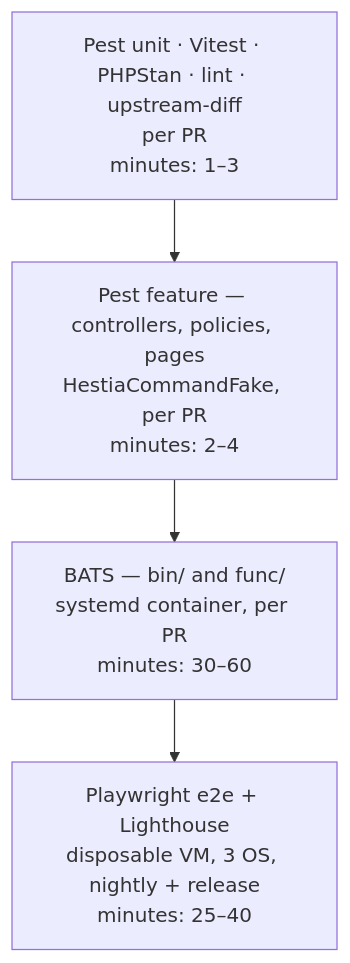
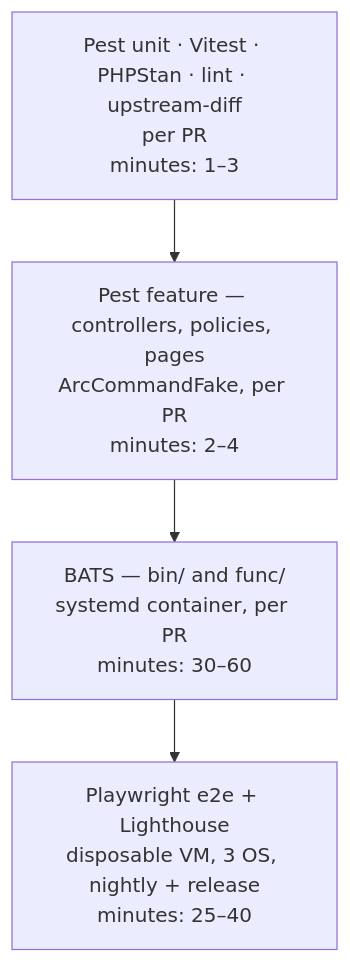
The diagram in docs/design/11-testing-and-ci.md (arc-panel-oss/arcpanel), drawn with Mermaid before and after one commit. The commit also changed other lines of this file and 16 other files, not shown here.

````diff
--- a/docs/design/11-testing-and-ci.md
+++ b/docs/design/11-testing-and-ci.md
@@ -29,8 +29,8 @@
 ```mermaid
 flowchart TB
   e2e[Playwright e2e + Lighthouse<br/>disposable VM, 3 OS, nightly + release<br/>minutes: 25–40]
   bats[BATS — bin/ and func/<br/>systemd container, per PR<br/>minutes: 30–60]
-  feature[Pest feature — controllers, policies, pages<br/>HestiaCommandFake, per PR<br/>minutes: 2–4]
+  feature[Pest feature — controllers, policies, pages<br/>ArcCommandFake, per PR<br/>minutes: 2–4]
   unit[Pest unit · Vitest · PHPStan · lint · upstream-diff<br/>per PR<br/>minutes: 1–3]
   unit --> feature --> bats --> e2e
 ```
````
